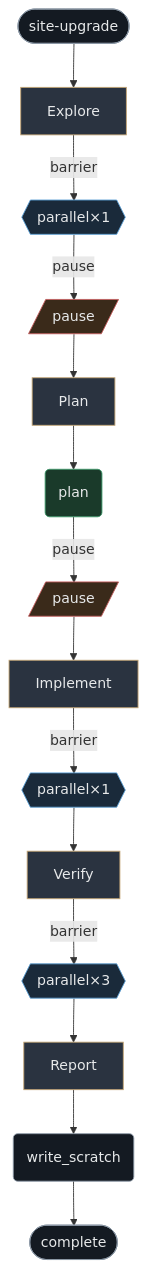
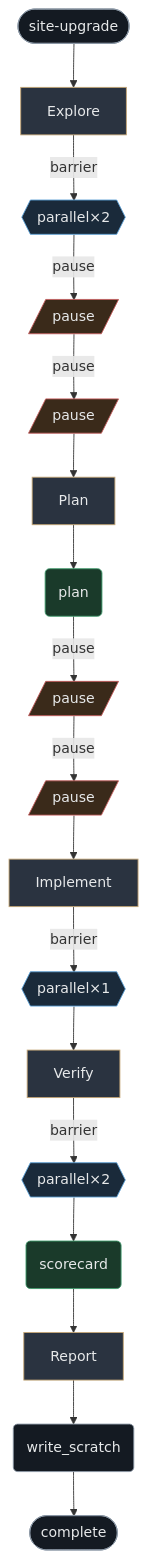
The diagram in docs/workflows/site-upgrade.md (scrya-com/adventure-engine), drawn with Mermaid before and after one commit. The commit also changed other lines of this file and 4 other files, not shown here.

````diff
--- a/docs/workflows/site-upgrade.md
+++ b/docs/workflows/site-upgrade.md
@@ -20,49 +20,58 @@
 ```mermaid
 flowchart TD
   classDef phase fill:#2a3340,stroke:#c4a574,color:#e7e9ea
   classDef agent fill:#1a3a2a,stroke:#3d9a6a,color:#e7e9ea
   classDef parallel fill:#1a2a3a,stroke:#5b9fd4,color:#e7e9ea
   classDef gate fill:#3a2a1a,stroke:#c45c5c,color:#e7e9ea
   classDef start fill:#141a22,stroke:#8b98a5,color:#e7e9ea
   start([site-upgrade])
   class start start
   phase_0[Explore]
   class phase_0 phase
-  parallel_0{{parallel×1}}
+  parallel_0{{parallel×2}}
   class parallel_0 parallel
   gate_0[/pause/]
   class gate_0 gate
+  gate_1[/pause/]
+  class gate_1 gate
   phase_1[Plan]
   class phase_1 phase
   agent_0(plan)
   class agent_0 agent
-  gate_1[/pause/]
-  class gate_1 gate
+  gate_2[/pause/]
+  class gate_2 gate
+  gate_3[/pause/]
+  class gate_3 gate
   phase_2[Implement]
   class phase_2 phase
   parallel_1{{parallel×1}}
   class parallel_1 parallel
   phase_3[Verify]
   class phase_3 phase
-  parallel_2{{parallel×3}}
+  parallel_2{{parallel×2}}
   class parallel_2 parallel
+  agent_1(scorecard)
+  class agent_1 agent
   phase_4[Report]
   class phase_4 phase
   other_0(write_scratch)
   class other_0 start
   complete_0([complete])
   class complete_0 start
   start --> phase_0
   phase_0 -->|barrier| parallel_0
   parallel_0 -->|pause| gate_0
-  gate_0 --> phase_1
+  gate_0 -->|pause| gate_1
+  gate_1 --> phase_1
   phase_1 --> agent_0
-  agent_0 -->|pause| gate_1
-  gate_1 --> phase_2
+  agent_0 -->|pause| gate_2
+  gate_2 -->|pause| gate_3
+  gate_3 --> phase_2
   phase_2 -->|barrier| parallel_1
   parallel_1 --> phase_3
   phase_3 -->|barrier| parallel_2
-  parallel_2 --> phase_4
+  parallel_2 --> agent_1
+  agent_1 --> phase_4
   phase_4 --> other_0
   other_0 --> complete_0
 ```
````
